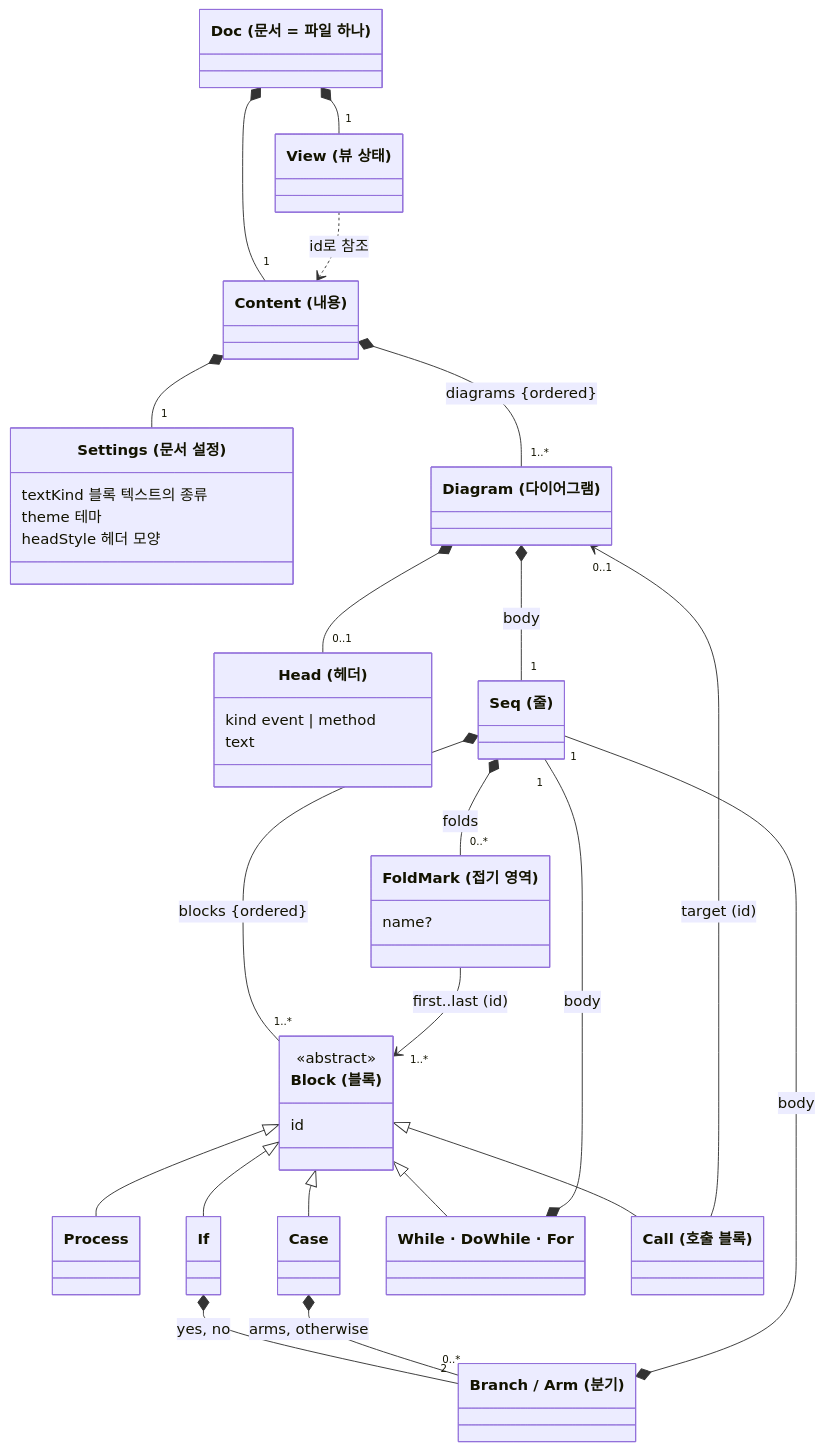
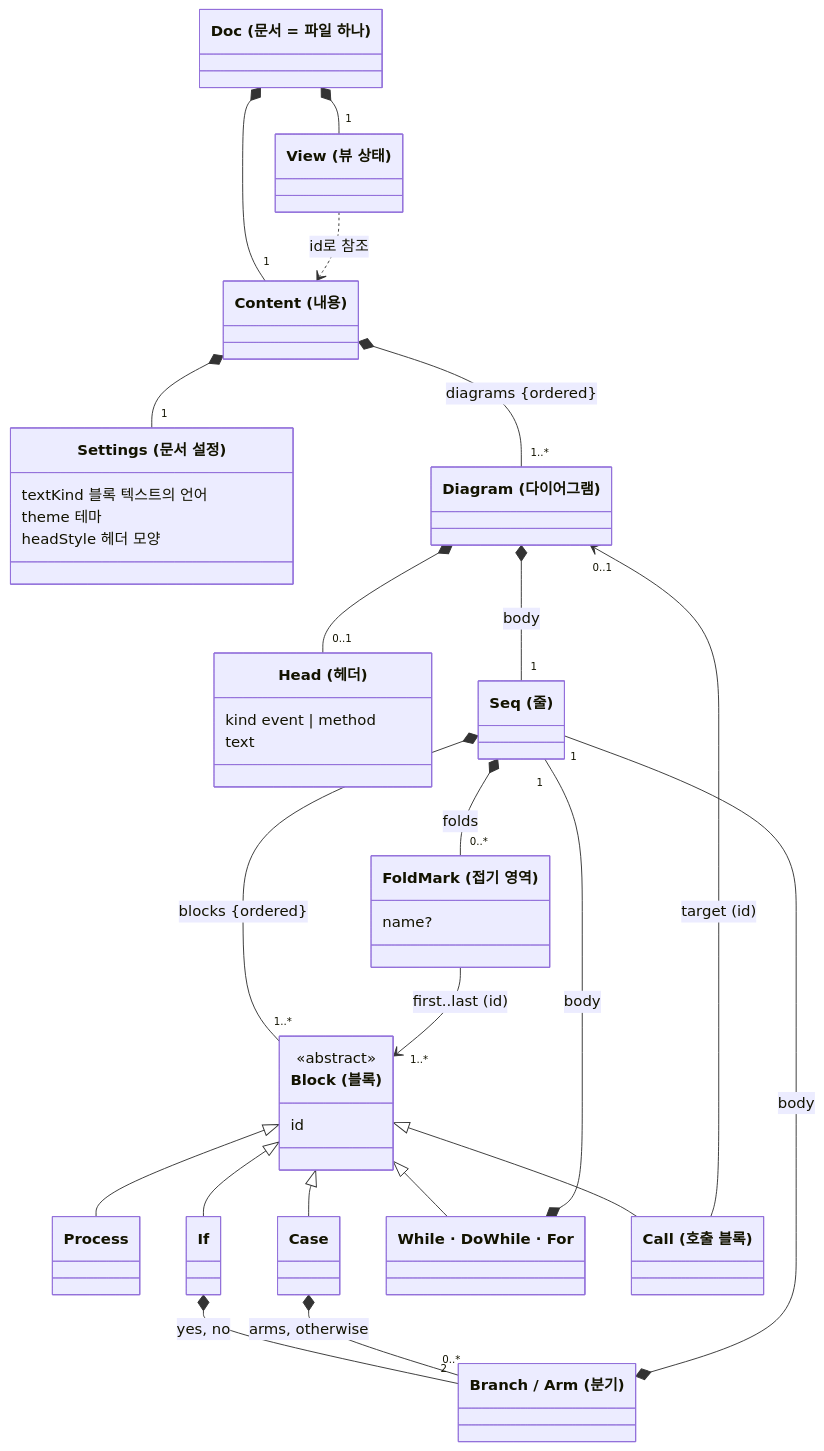
One commit to reddiana/AriadneNSD changed the fourth of 6 diagrams in docs/03-architecture/03-architecture.md. Above: the diagram before and after it, drawn with Mermaid. The commit also changed other lines of this file and 6 other files, not shown here.

````diff
--- a/docs/03-architecture/03-architecture.md
+++ b/docs/03-architecture/03-architecture.md
@@ -229,47 +229,47 @@
 ```mermaid
 classDiagram
     direction TB
     class Doc["Doc (문서 = 파일 하나)"]
     class Content["Content (내용)"]
     class View["View (뷰 상태)"]
     class Settings["Settings (문서 설정)"]
-    Settings : textKind 블록 텍스트의 종류
+    Settings : textKind 블록 텍스트의 언어
     Settings : theme 테마
     Settings : headStyle 헤더 모양
     class Diagram["Diagram (다이어그램)"]
     class Head["Head (헤더)"]
     Head : kind event | method
     Head : text
     class Seq["Seq (줄)"]
     class FoldMark["FoldMark (접기 영역)"]
     FoldMark : name?
     class Block["Block (블록)"]
     <<abstract>> Block
     Block : id
     class Process
     class If
     class Case
     class Loop["While · DoWhile · For"]
     class Call["Call (호출 블록)"]
     class Branch["Branch / Arm (분기)"]
     Doc *-- "1" Content
     Doc *-- "1" View
     Content *-- "1" Settings
     Content *-- "1..*" Diagram : diagrams {ordered}
     Diagram *-- "0..1" Head
     Diagram *-- "1" Seq : body
     Seq *-- "1..*" Block : blocks {ordered}
     Seq *-- "0..*" FoldMark : folds
     FoldMark --> "1..*" Block : first..last (id)
     Block <|-- Process
     Block <|-- If
     Block <|-- Case
     Block <|-- Loop
     Block <|-- Call
     If *-- "2" Branch : yes, no
     Case *-- "0..*" Branch : arms, otherwise
     Branch *-- "1" Seq : body
     Loop *-- "1" Seq : body
     Call --> "0..1" Diagram : target (id)
     View ..> Content : id로 참조
 ```
````
